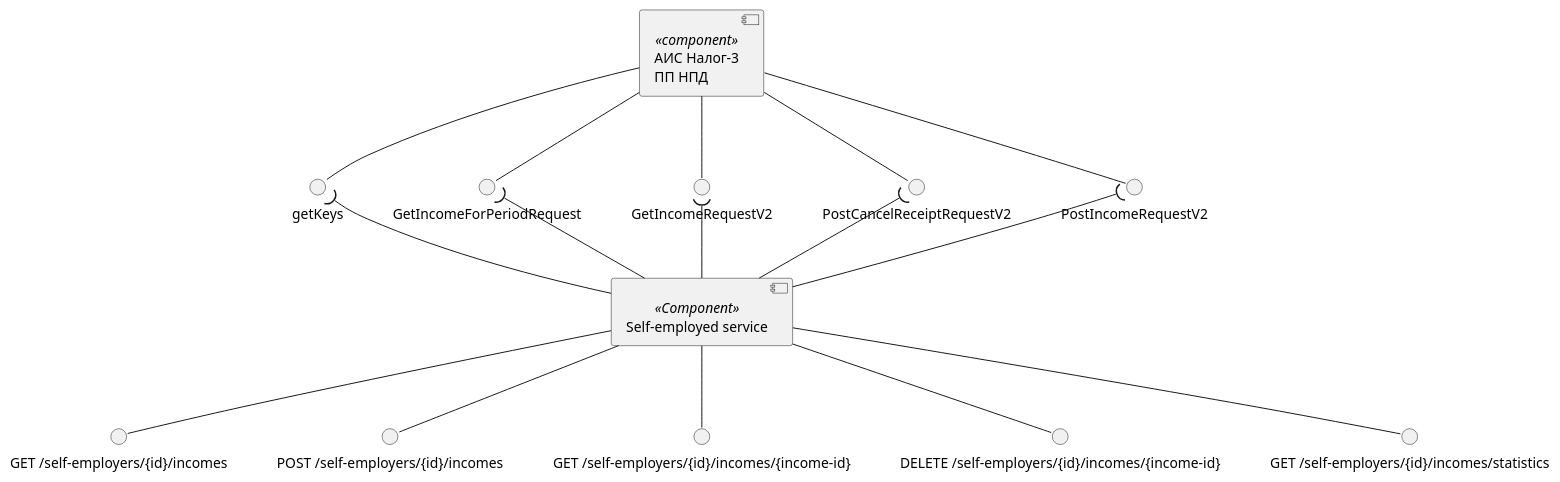
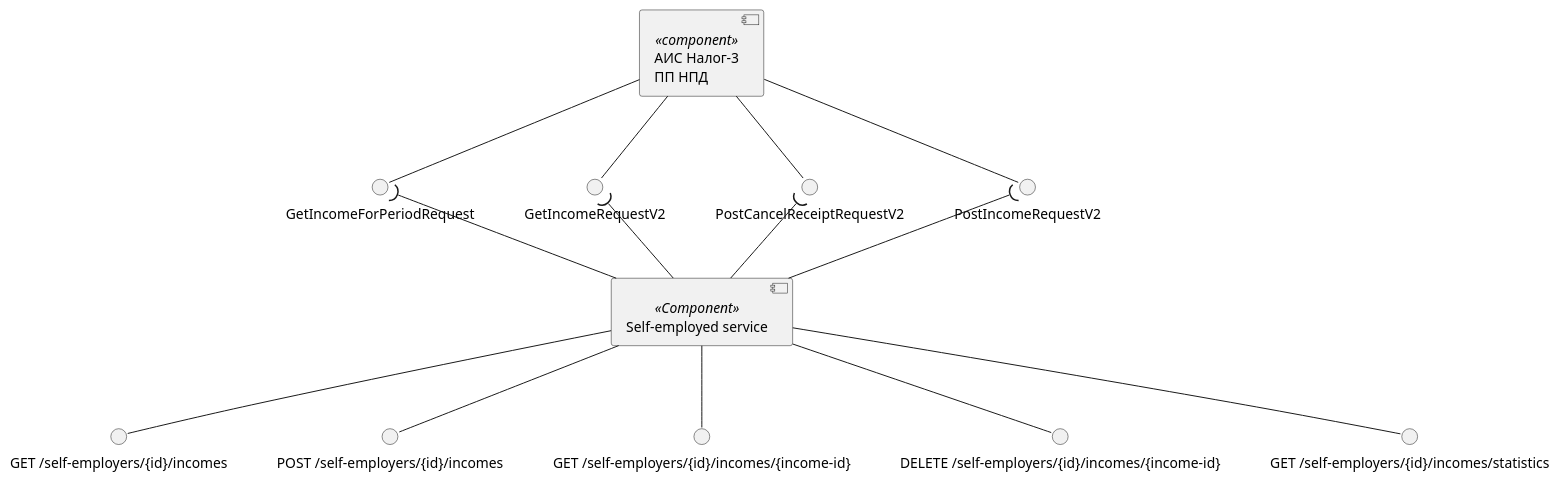
One commit to RaikBitters/ibank-internal-services changed the sixth of 11 diagrams in diagrams/self-employed-service/components.puml. Above: the diagram before and after it, drawn with PlantUML. The commit also changed 1 other file, not shown here.

Commit message:
Patched incomes diagrams.

```diff
--- a/diagrams/self-employed-service/components.puml
+++ b/diagrams/self-employed-service/components.puml
@@ -155,34 +155,32 @@
 @startuml incomes-components
 
 component "АИС Налог-3\nПП НПД" as Tax3 <<component>>
 interface "PostIncomeRequestV2" as postIncomeRequestV2
 interface "PostCancelReceiptRequestV2" as postCancelReceipt
 interface "GetIncomeRequestV2" as getIncomeRequestV2
 interface "GetIncomeForPeriodRequest" as getIncomeForPeriod
 
 Tax3 --() postIncomeRequestV2
 Tax3 --() postCancelReceipt
 Tax3 --() getIncomeRequestV2
 Tax3 --() getIncomeForPeriod
-Tax3 --() getKeys
 
 component "Self-employed service" as SelfEmplService <<Component>>
 interface "GET /self-employers/{id}/incomes" as getIncomes
 interface "POST /self-employers/{id}/incomes" as postIncome
 interface "GET /self-employers/{id}/incomes/{income-id}" as getIncomesId
 interface "DELETE /self-employers/{id}/incomes/{income-id}" as delIncomesId
 interface "GET /self-employers/{id}/incomes/statistics" as getIncomesStatistics
 
 SelfEmplService --() getIncomes
 SelfEmplService --() postIncome
 SelfEmplService --() getIncomesId
 SelfEmplService --() delIncomesId
 SelfEmplService --() getIncomesStatistics
 
 SelfEmplService -up-( postIncomeRequestV2
 SelfEmplService -up-( postCancelReceipt
 SelfEmplService -up-( getIncomeRequestV2
 SelfEmplService -up-( getIncomeForPeriod
-SelfEmplService -up-( getKeys
 
 @enduml
```
